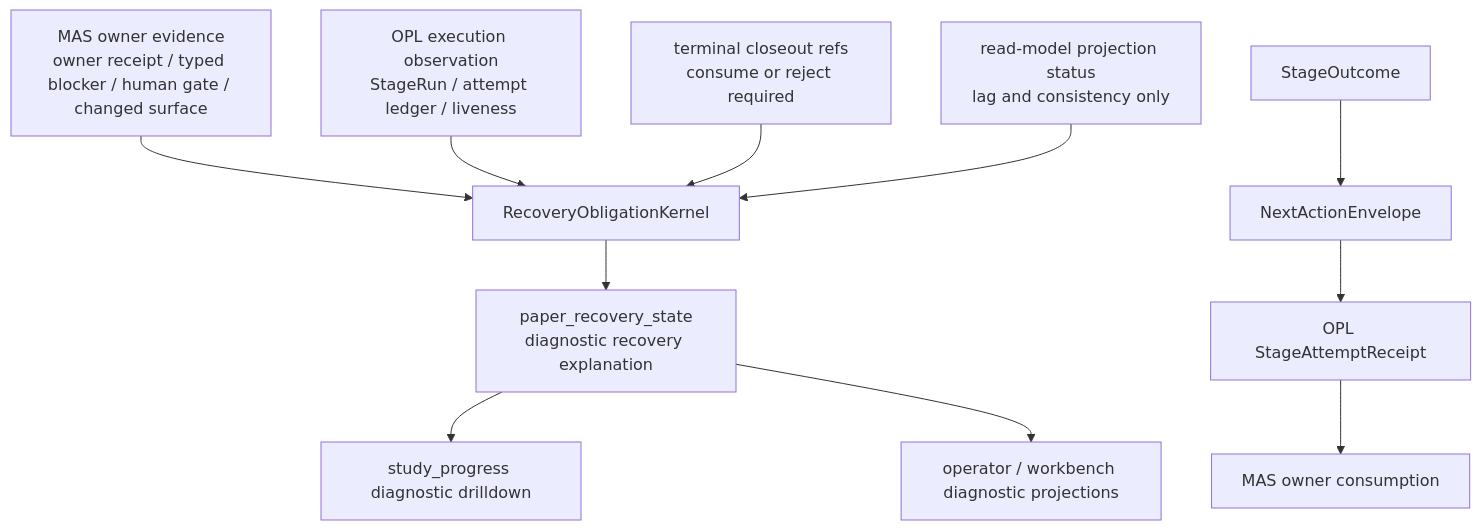
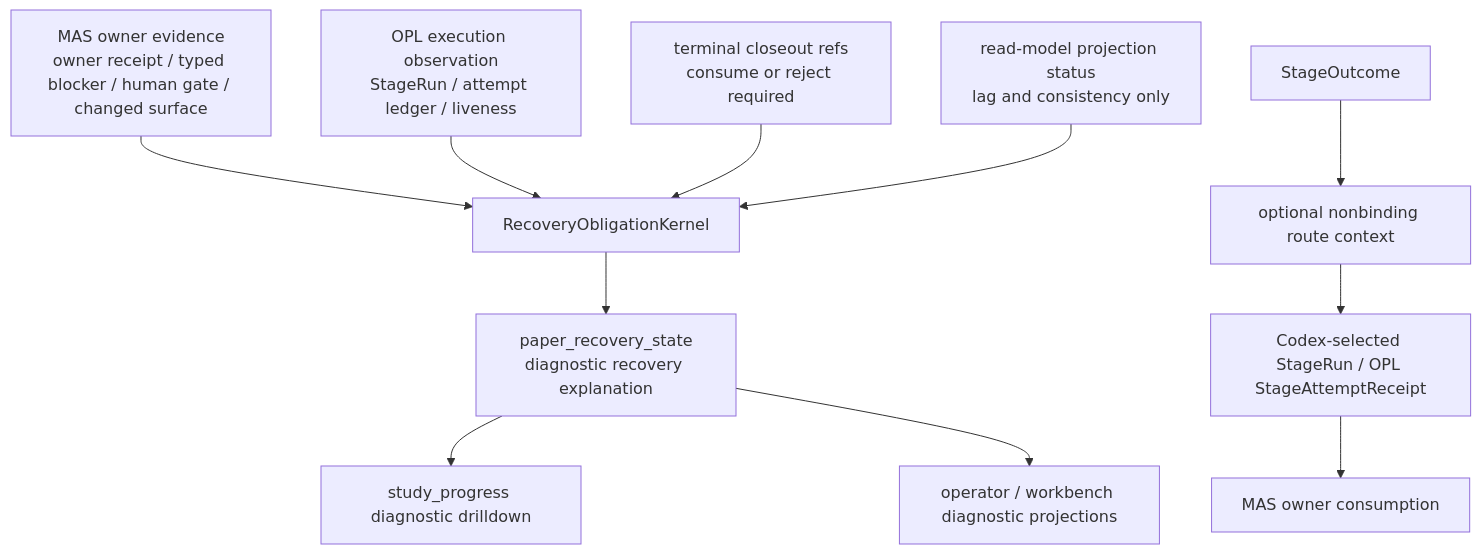
The diagram in docs/runtime/designs/paper_recovery_obligation_target_architecture.md (gaofeng21cn/med-autoscience), drawn with Mermaid before and after one commit. The commit also changed other lines of this file and 115 other files, not shown here.

````diff
--- a/docs/runtime/designs/paper_recovery_obligation_target_architecture.md
+++ b/docs/runtime/designs/paper_recovery_obligation_target_architecture.md
@@ -22,13 +22,13 @@
 ```mermaid
 flowchart TD
   A["MAS owner evidence<br/>owner receipt / typed blocker / human gate / changed surface"] --> K["RecoveryObligationKernel"]
   B["OPL execution observation<br/>StageRun / attempt ledger / liveness"] --> K
   C["terminal closeout refs<br/>consume or reject required"] --> K
   D["read-model projection status<br/>lag and consistency only"] --> K
   K --> S["paper_recovery_state<br/>diagnostic recovery explanation"]
   S --> P["study_progress diagnostic drilldown"]
   S --> O["operator / workbench diagnostic projections"]
-  SO["StageOutcome"] --> NA["NextActionEnvelope"]
-  NA --> TR["OPL StageAttemptReceipt"]
+  SO["StageOutcome"] --> RC["optional nonbinding route context"]
+  RC --> TR["Codex-selected StageRun / OPL StageAttemptReceipt"]
   TR --> MC["MAS owner consumption"]
 ```
````
